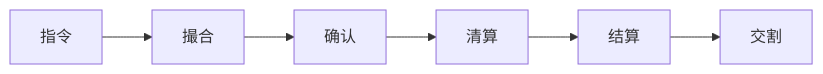
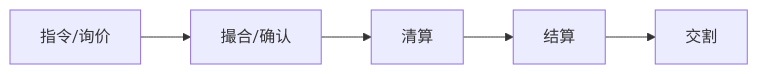
One commit to Rykii/BEx changed the first of 2 diagrams in templates/business_probe_template.md. Above: the diagram before and after it, drawn with Mermaid. The commit also changed other lines of this file and 2 other files, not shown here.

Commit message:
fix: 输出结构校验闭环 — +多品种独立Mermaid流程/状态图 +BEx §6 11项强制校验 +§D品种特有环节清单

````diff
--- a/templates/business_probe_template.md
+++ b/templates/business_probe_template.md
@@ -53,4 +55,4 @@
 ```mermaid
 flowchart LR
-    A[指令] --> B[撮合] --> C[确认] --> D[清算] --> E[结算] --> F[交割]
+    A[指令/询价] --> B[撮合/确认] --> C[清算] --> D[结算] --> E[交割]
 ```
````
